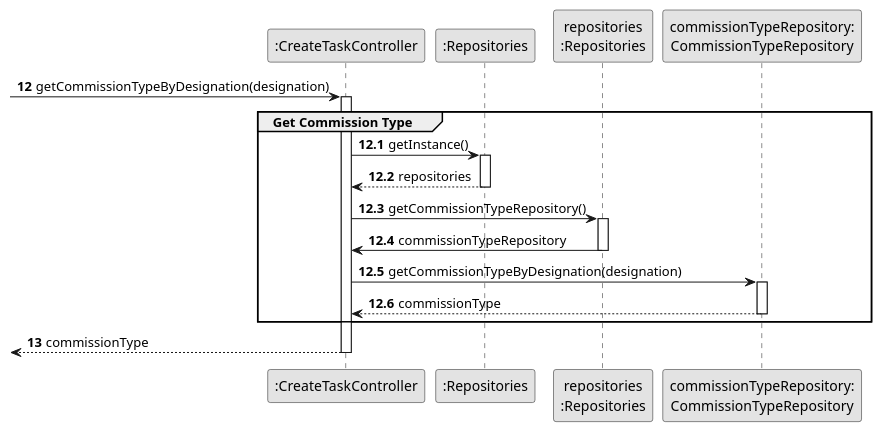
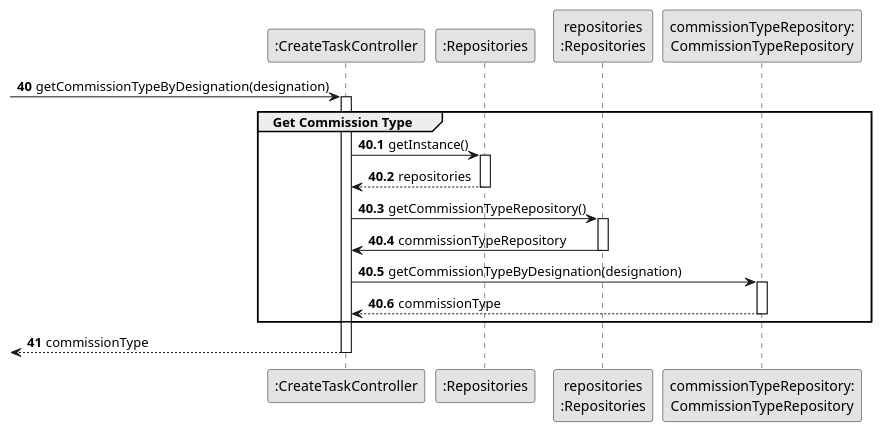
One commit to rita-barbosa/LAPR2-2223 changed the diagram in docs/sprintB/us002/03.design/puml/us002-sequence-diagram-partial-get-commission-type.puml. Above: the diagram before and after it, drawn with PlantUML. The commit also changed 8 other files, not shown here.

Commit message:
Update of sequence diagrams [US002][Design]

```diff
--- a/docs/sprintB/us002/03.design/puml/us002-sequence-diagram-partial-get-commission-type.puml
+++ b/docs/sprintB/us002/03.design/puml/us002-sequence-diagram-partial-get-commission-type.puml
@@ -1,44 +1,44 @@
 @startuml
 skinparam monochrome true
 skinparam packageStyle rectangle
 skinparam shadowing false
 
 participant ":CreateTaskController" as CTRL
 participant ":Repositories" as RepositorySingleton
 participant "repositories\n:Repositories" as PLAT
 participant "commissionTypeRepository:\nCommissionTypeRepository" as CommissionTypeRepository
 
-autonumber 12
+autonumber 40
 -> CTRL : getCommissionTypeByDesignation(designation)
 
-autonumber 12.1
+autonumber 40.1
 
 activate CTRL
     group Get Commission Type
         CTRL -> RepositorySingleton : getInstance()
         activate RepositorySingleton
 
             RepositorySingleton --> CTRL: repositories
         deactivate RepositorySingleton
 
         CTRL -> PLAT : getCommissionTypeRepository()
         activate PLAT
 
             PLAT -> CTRL : commissionTypeRepository
         deactivate PLAT
 
         CTRL -> CommissionTypeRepository : getCommissionTypeByDesignation(designation)
         activate CommissionTypeRepository
 
             CommissionTypeRepository --> CTRL : commissionType
         deactivate CommissionTypeRepository
 
     end group
 
-    autonumber 13
+    autonumber 41
     <-- CTRL : commissionType
 
 deactivate CTRL
 
 
 @enduml
```
